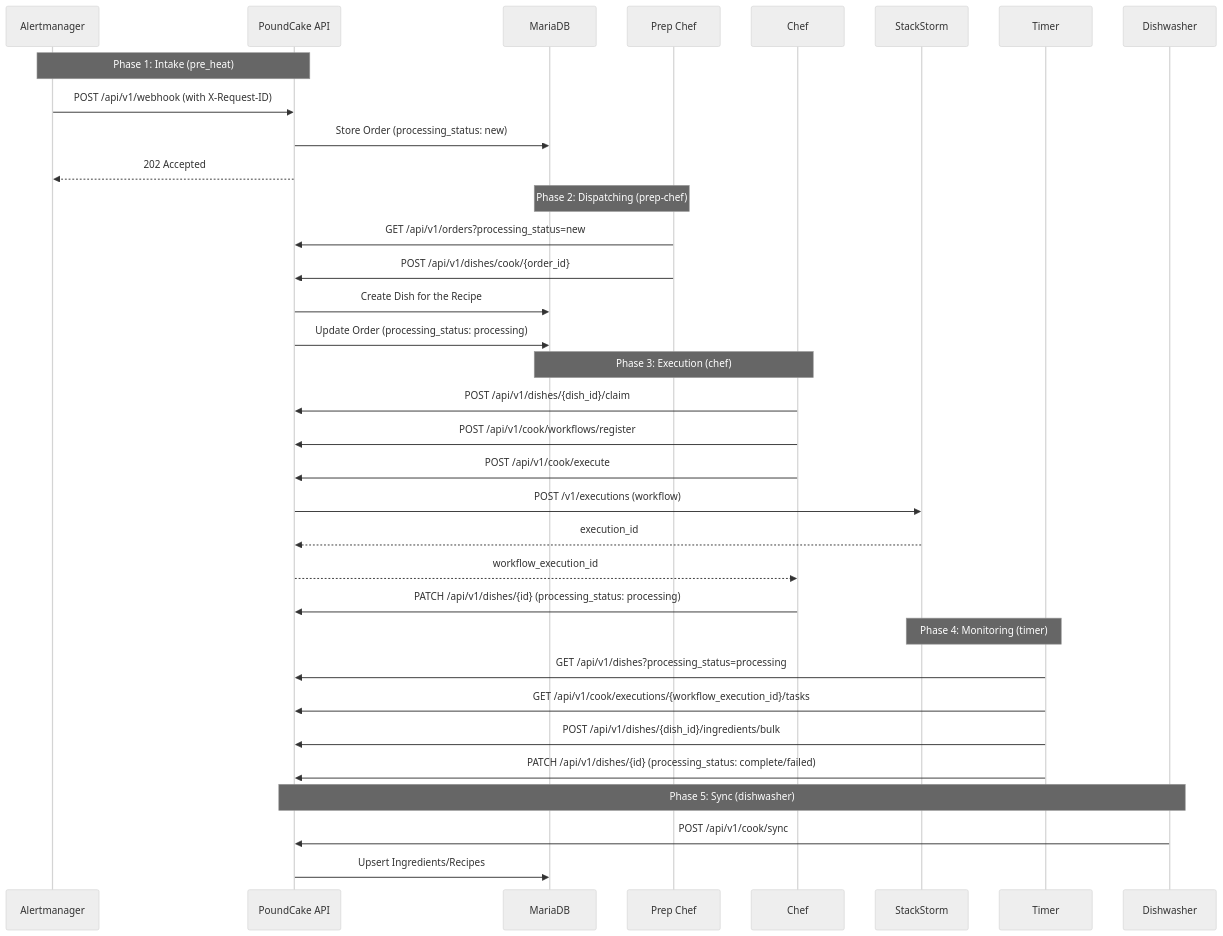
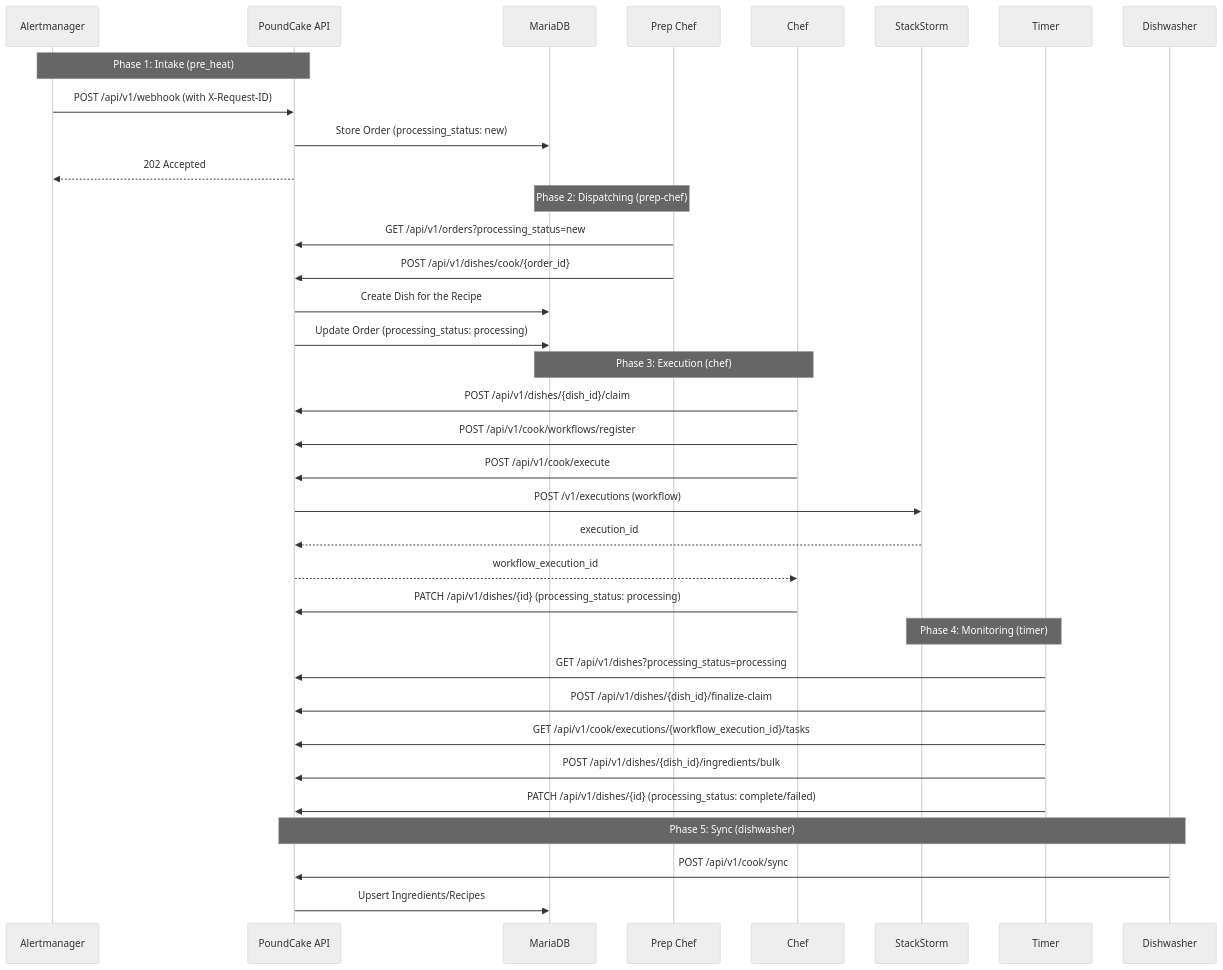
The first of 2 diagrams in README.md (rackerlabs/bakery), drawn with Mermaid (neutral theme) before and after one commit. The commit also changed other lines of this file and 7 other files, not shown here.

````diff
--- a/README.md
+++ b/README.md
@@ -11,41 +11,42 @@
 ```mermaid
 sequenceDiagram
     participant AM as Alertmanager
     participant API as PoundCake API
     participant DB as MariaDB
     participant PC as Prep Chef
     participant C as Chef
     participant ST2 as StackStorm
     participant T as Timer
     participant DW as Dishwasher
 
     Note over AM, API: Phase 1: Intake (pre_heat)
     AM->>API: POST /api/v1/webhook (with X-Request-ID)
     API->>DB: Store Order (processing_status: new)
     API-->>AM: 202 Accepted
 
     Note over DB, PC: Phase 2: Dispatching (prep-chef)
     PC->>API: GET /api/v1/orders?processing_status=new
     PC->>API: POST /api/v1/dishes/cook/{order_id}
     API->>DB: Create Dish for the Recipe
     API->>DB: Update Order (processing_status: processing)
 
     Note over DB, C: Phase 3: Execution (chef)
     C->>API: POST /api/v1/dishes/{dish_id}/claim
     C->>API: POST /api/v1/cook/workflows/register
     C->>API: POST /api/v1/cook/execute
     API->>ST2: POST /v1/executions (workflow)
     ST2-->>API: execution_id
     API-->>C: workflow_execution_id
     C->>API: PATCH /api/v1/dishes/{id} (processing_status: processing)
 
     Note over ST2, T: Phase 4: Monitoring (timer)
     T->>API: GET /api/v1/dishes?processing_status=processing
+    T->>API: POST /api/v1/dishes/{dish_id}/finalize-claim
     T->>API: GET /api/v1/cook/executions/{workflow_execution_id}/tasks
     T->>API: POST /api/v1/dishes/{dish_id}/ingredients/bulk
     T->>API: PATCH /api/v1/dishes/{id} (processing_status: complete/failed)
 
     Note over API, DW: Phase 5: Sync (dishwasher)
     DW->>API: POST /api/v1/cook/sync
     API->>DB: Upsert Ingredients/Recipes
 ```
````
